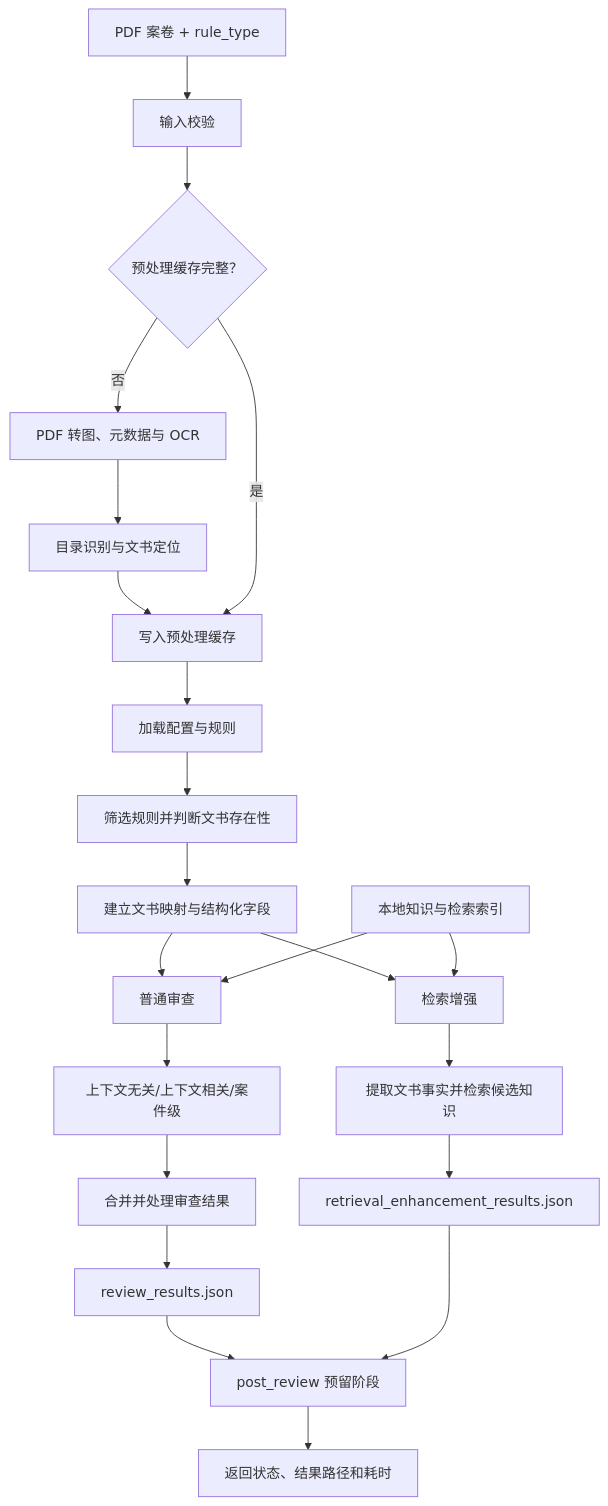
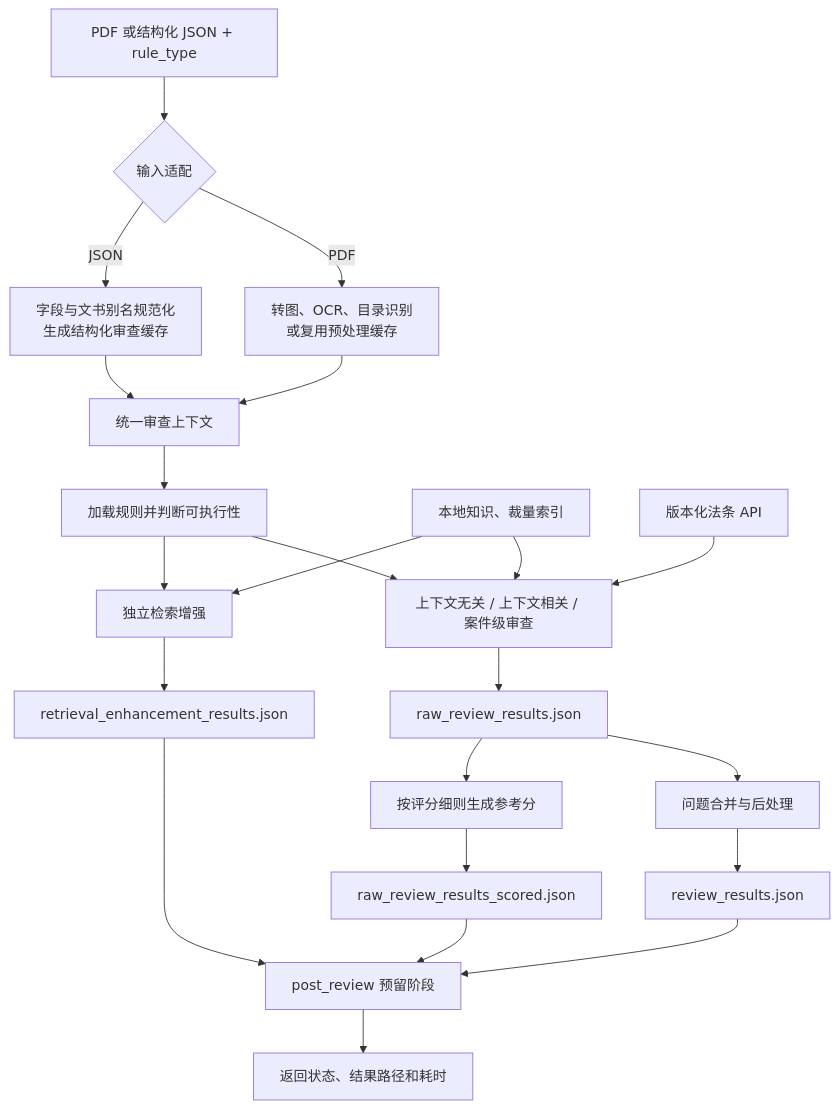
One commit to Jimilarity/DocumentReview changed the diagram in README.md. Above: the diagram before and after it, drawn with Mermaid. The commit also changed other lines of this file and 37 other files, not shown here.

````diff
--- a/README.md
+++ b/README.md
@@ -25,29 +30,27 @@
 ```mermaid
 flowchart TB
-    A["PDF 案卷 + rule_type"] --> B["输入校验"]
-    B --> C{"预处理缓存完整？"}
-    C -- "否" --> D["PDF 转图、元数据与 OCR"]
-    D --> E["目录识别与文书定位"]
-    E --> F["写入预处理缓存"]
-    C -- "是" --> F
+    A["PDF 或结构化 JSON + rule_type"] --> B{"输入适配"}
+    B -- "PDF" --> C["转图、OCR、目录识别<br/>或复用预处理缓存"]
+    B -- "JSON" --> D["字段与文书别名规范化<br/>生成结构化审查缓存"]
+    C --> E["统一审查上下文"]
+    D --> E
+    E --> F["加载规则并判断可执行性"]
 
-    F --> G["加载配置与规则"]
-    G --> H["筛选规则并判断文书存在性"]
-    H --> I["建立文书映射与结构化字段"]
+    F --> G["上下文无关 / 上下文相关 / 案件级审查"]
+    F --> H["独立检索增强"]
+    I["本地知识、裁量索引"] --> G
+    I --> H
+    J["版本化法条 API"] --> G
 
-    I --> J["普通审查"]
-    I --> K["检索增强"]
-    L["本地知识与检索索引"] --> J
-    L --> K
+    G --> K["raw_review_results.json"]
+    K --> L["问题合并与后处理"]
+    L --> M["review_results.json"]
+    K --> N["按评分细则生成参考分"]
+    N --> O["raw_review_results_scored.json"]
+    H --> P["retrieval_enhancement_results.json"]
 
-    J --> J1["上下文无关/上下文相关/案件级"]
-    J1 --> J2["合并并处理审查结果"]
-    J2 --> M["review_results.json"]
-
-    K --> K1["提取文书事实并检索候选知识"]
-    K1 --> N["retrieval_enhancement_results.json"]
-
-    M --> O["post_review 预留阶段"]
-    N --> O
-    O --> P["返回状态、结果路径和耗时"]
+    M --> Q["post_review 预留阶段"]
+    O --> Q
+    P --> Q
+    Q --> R["返回状态、结果路径和耗时"]
 ```
````
